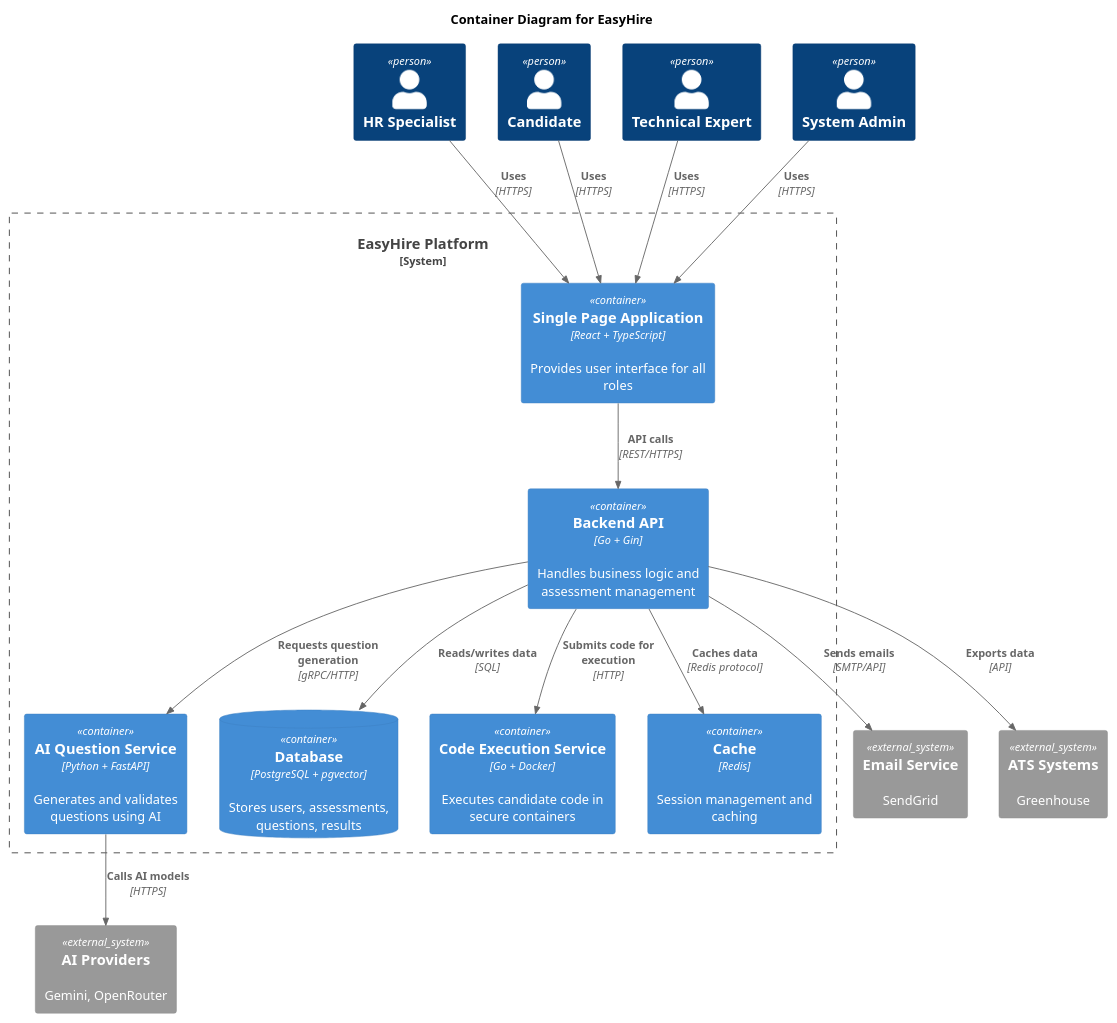
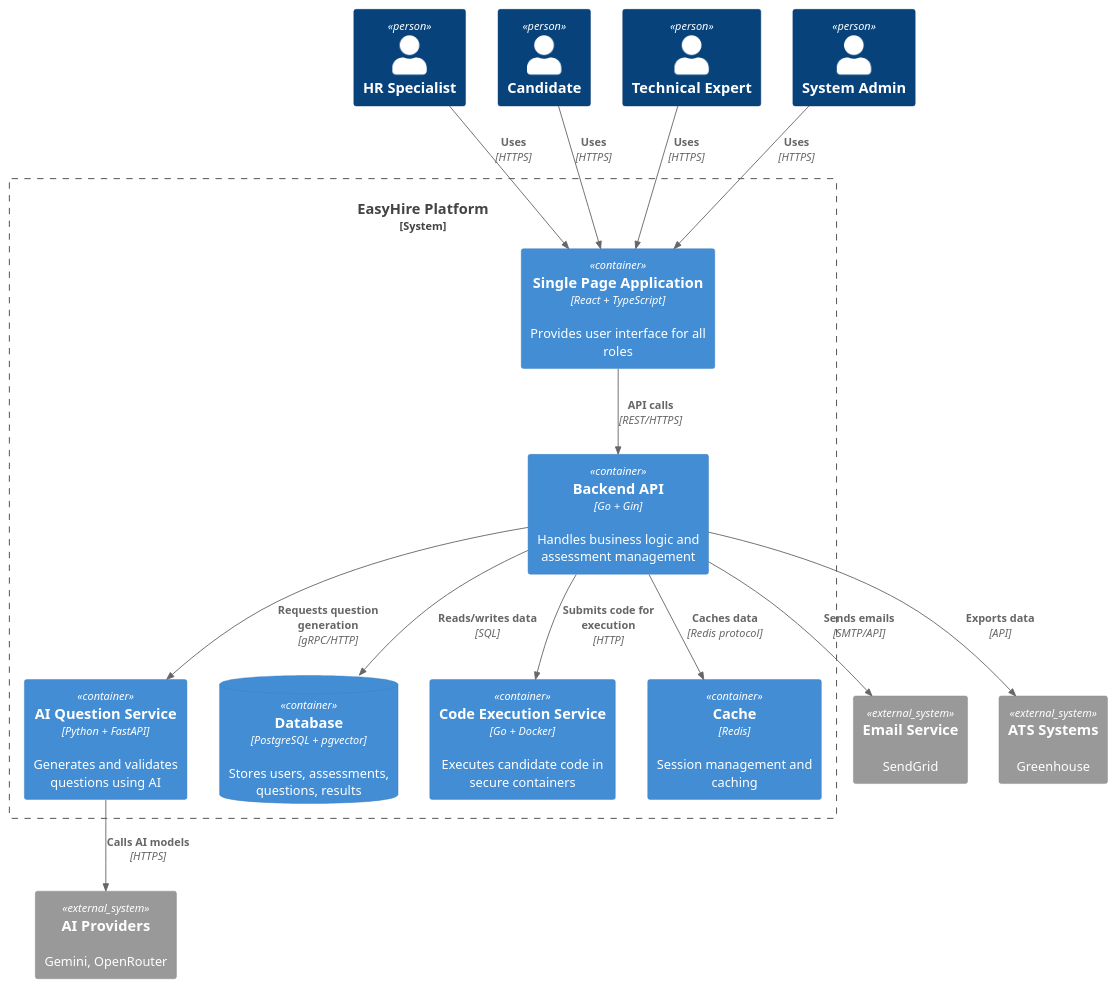
One commit to dmsus/easyHire changed the diagram in docs/architecture/diagrams/level2-containers.puml. Above: the diagram before and after it, drawn with PlantUML. The commit also changed 4 other files, not shown here.

```diff
--- a/docs/architecture/diagrams/level2-containers.puml
+++ b/docs/architecture/diagrams/level2-containers.puml
@@ -1,44 +1,42 @@
-@startuml
-!include https://raw.githubusercontent.com/plantuml-stdlib/C4-PlantUML/master/C4_Container.puml
-
-title Container Diagram for EasyHire
+@startuml c4_level2
+!includeurl https://raw.githubusercontent.com/plantuml-stdlib/C4-PlantUML/master/C4_Container.puml
 
 Person(hr, "HR Specialist")
 Person(candidate, "Candidate")
 Person(tech_expert, "Technical Expert")
 Person(admin, "System Admin")
 
 System_Boundary(easyhire, "EasyHire Platform") {
     Container(spa, "Single Page Application", "React + TypeScript", "Provides user interface for all roles")
     
     Container(backend, "Backend API", "Go + Gin", "Handles business logic and assessment management")
     
     Container(ai_service, "AI Question Service", "Python + FastAPI", "Generates and validates questions using AI")
     
     ContainerDb(db, "Database", "PostgreSQL + pgvector", "Stores users, assessments, questions, results")
     
     Container(code_executor, "Code Execution Service", "Go + Docker", "Executes candidate code in secure containers")
     
     Container(redis, "Cache", "Redis", "Session management and caching")
 }
 
 System_Ext(ai_providers, "AI Providers", "Gemini, OpenRouter")
 System_Ext(email, "Email Service", "SendGrid")
 System_Ext(ats, "ATS Systems", "Greenhouse")
 
 Rel(hr, spa, "Uses", "HTTPS")
 Rel(candidate, spa, "Uses", "HTTPS")
 Rel(tech_expert, spa, "Uses", "HTTPS")
 Rel(admin, spa, "Uses", "HTTPS")
 
 Rel(spa, backend, "API calls", "REST/HTTPS")
 Rel(backend, db, "Reads/writes data", "SQL")
 Rel(backend, ai_service, "Requests question generation", "gRPC/HTTP")
 Rel(backend, code_executor, "Submits code for execution", "HTTP")
 Rel(backend, redis, "Caches data", "Redis protocol")
 
 Rel(ai_service, ai_providers, "Calls AI models", "HTTPS")
 Rel(backend, email, "Sends emails", "SMTP/API")
 Rel(backend, ats, "Exports data", "API")
 
 @enduml
```
